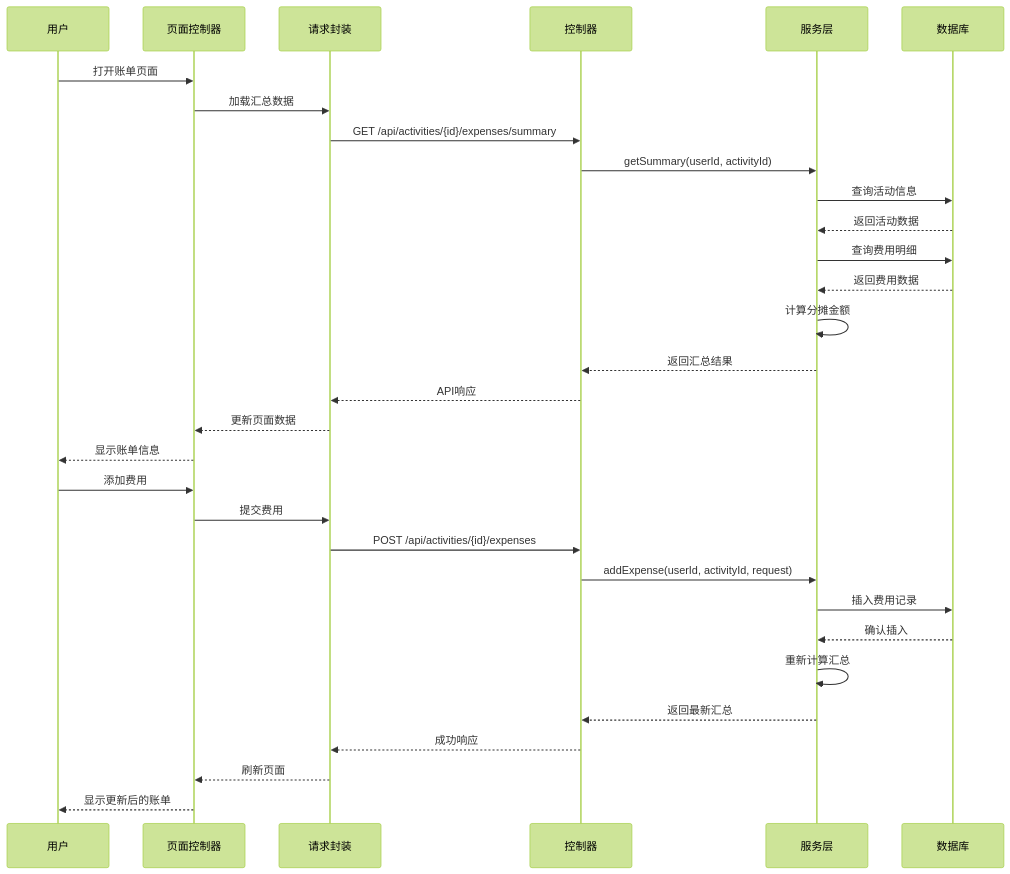
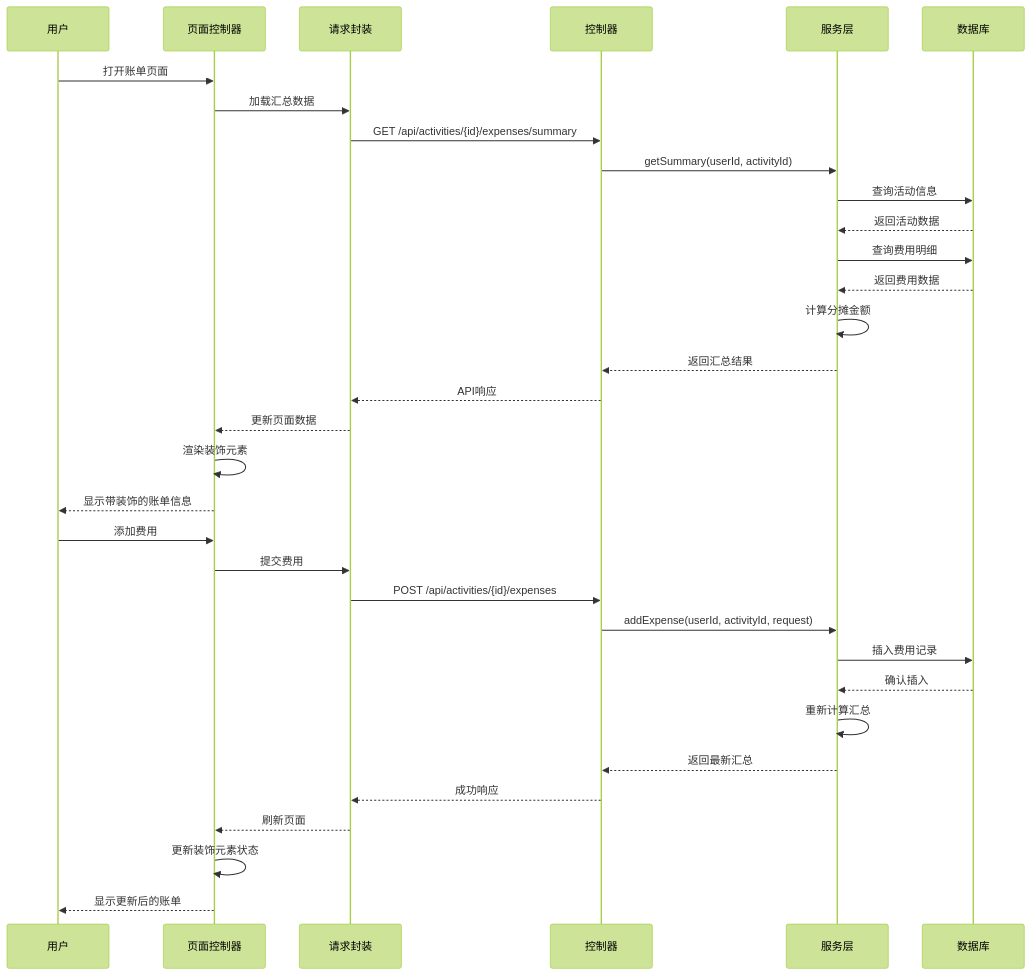
Before and after one commit to cwxiao/zugeju: the second of 8 diagrams in .qoder/repowiki/zh/content/前端开发/页面组件开发/账单管理页面开发.md, drawn with Mermaid (forest theme). The commit also changed other lines of this file and 39 other files, not shown here.

First line of the commit message:
前端优化：压缩UI装饰图至38KB + 精简各页面冗余文案

````diff
--- a/.qoder/repowiki/zh/content/前端开发/页面组件开发/账单管理页面开发.md
+++ b/.qoder/repowiki/zh/content/前端开发/页面组件开发/账单管理页面开发.md
@@ -115,33 +128,35 @@
 ```mermaid
 sequenceDiagram
 participant U as 用户
 participant P as 页面控制器
 participant R as 请求封装
 participant C as 控制器
 participant S as 服务层
 participant DB as 数据库
 U->>P : 打开账单页面
 P->>R : 加载汇总数据
 R->>C : GET /api/activities/{id}/expenses/summary
 C->>S : getSummary(userId, activityId)
 S->>DB : 查询活动信息
 DB-->>S : 返回活动数据
 S->>DB : 查询费用明细
 DB-->>S : 返回费用数据
 S->>S : 计算分摊金额
 S-->>C : 返回汇总结果
 C-->>R : API响应
 R-->>P : 更新页面数据
-P-->>U : 显示账单信息
+P->>P : 渲染装饰元素
+P-->>U : 显示带装饰的账单信息
 U->>P : 添加费用
 P->>R : 提交费用
 R->>C : POST /api/activities/{id}/expenses
 C->>S : addExpense(userId, activityId, request)
 S->>DB : 插入费用记录
 DB-->>S : 确认插入
 S->>S : 重新计算汇总
 S-->>C : 返回最新汇总
 C-->>R : 成功响应
 R-->>P : 刷新页面
+P->>P : 更新装饰元素状态
 P-->>U : 显示更新后的账单
 ```
````
